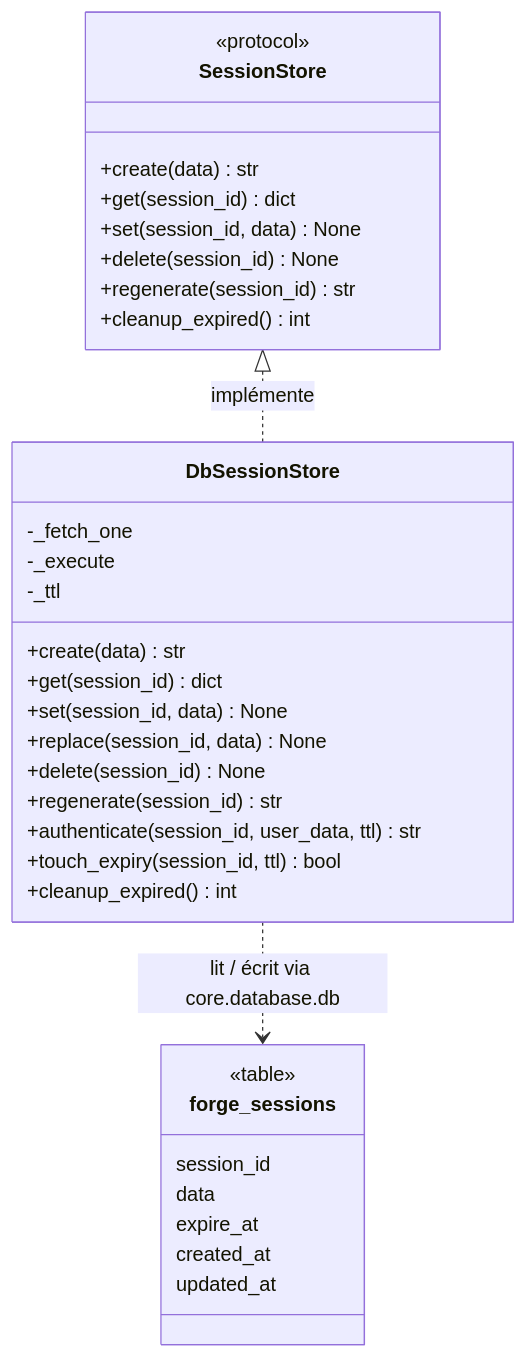
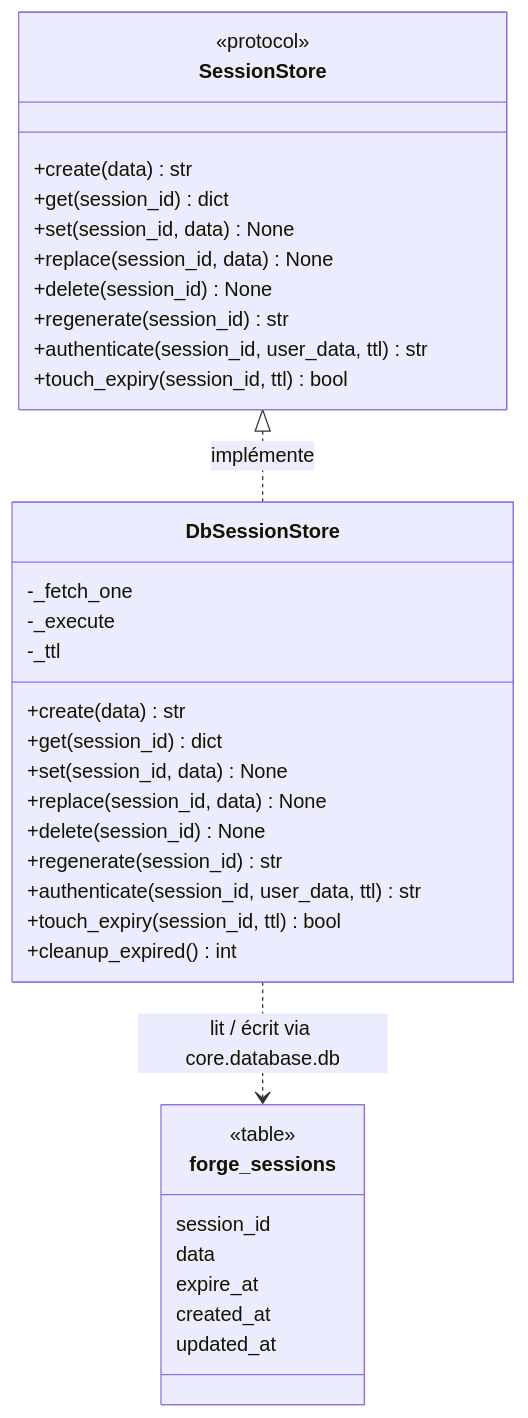
The first of 2 diagrams in packages/forge-mvc-sessions-db/docs/reference.md (caucrogeGit/Forge), drawn with Mermaid before and after one commit. The commit also changed other lines of this file and 3 other files, not shown here.

First line of the commit message:
feat(docs): verifier la fraicheur des diagrammes UML des references (DOC-UML-FRESHNESS-001)

````diff
--- a/packages/forge-mvc-sessions-db/docs/reference.md
+++ b/packages/forge-mvc-sessions-db/docs/reference.md
@@ -159,37 +161,39 @@
     ```mermaid
     classDiagram
         class SessionStore {
             <<protocol>>
             +create(data) str
             +get(session_id) dict
             +set(session_id, data) None
+            +replace(session_id, data) None
             +delete(session_id) None
             +regenerate(session_id) str
-            +cleanup_expired() int
+            +authenticate(session_id, user_data, ttl) str
+            +touch_expiry(session_id, ttl) bool
         }
         class DbSessionStore {
             -_fetch_one
             -_execute
             -_ttl
             +create(data) str
             +get(session_id) dict
             +set(session_id, data) None
             +replace(session_id, data) None
             +delete(session_id) None
             +regenerate(session_id) str
             +authenticate(session_id, user_data, ttl) str
             +touch_expiry(session_id, ttl) bool
             +cleanup_expired() int
         }
         class forge_sessions {
             <<table>>
             session_id
             data
             expire_at
             created_at
             updated_at
         }
         SessionStore <|.. DbSessionStore : implémente
         DbSessionStore ..> forge_sessions : lit / écrit via core.database.db
 
     ```
````
